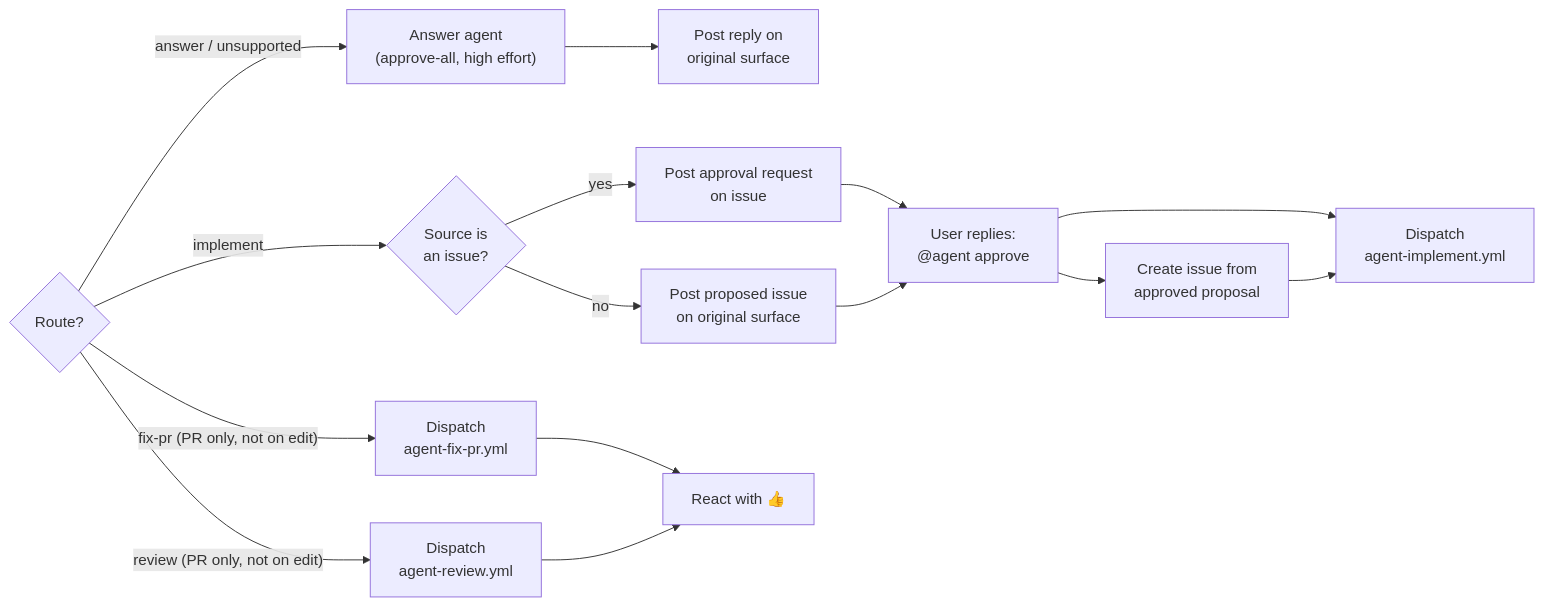
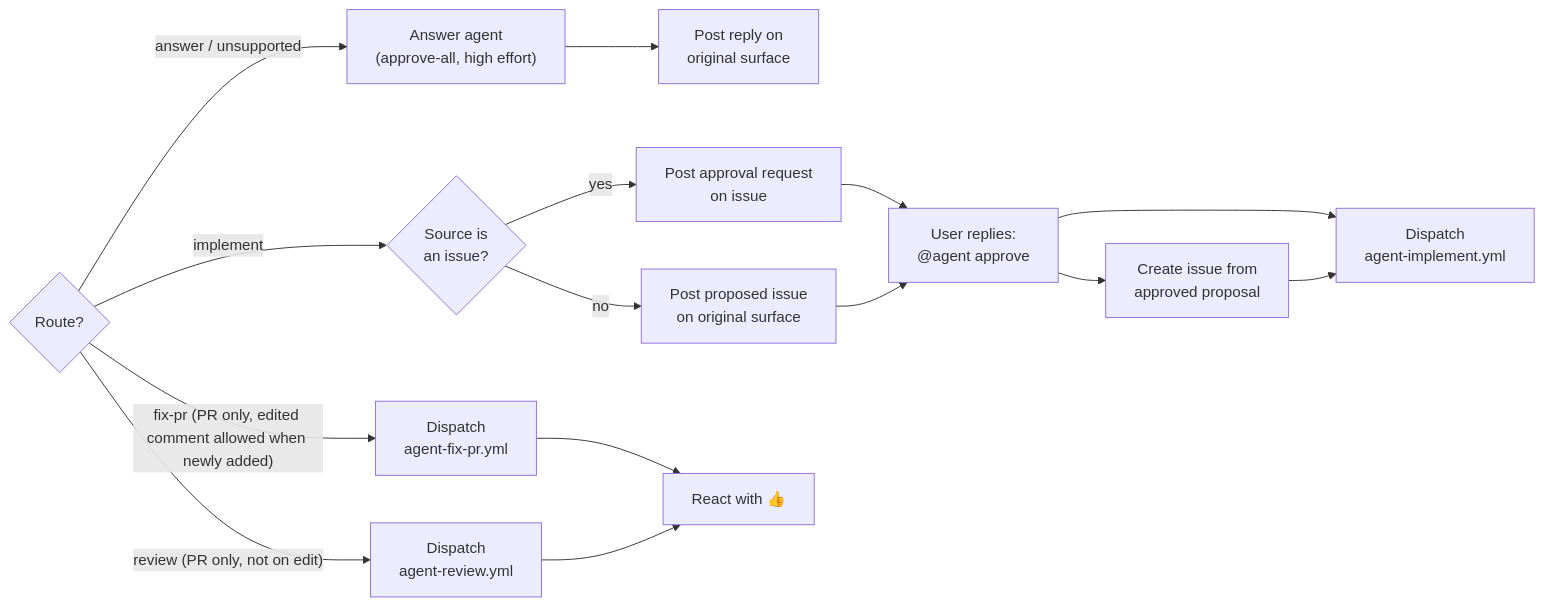
Before and after one commit to self-evolving/repo: the second of 2 diagrams in .agent/docs/architecture/overall-design.md, drawn with Mermaid. The commit also changed 9 other files, not shown here.

Commit message:
Allow newly added edited fix-pr commands

````diff
--- a/.agent/docs/architecture/overall-design.md
+++ b/.agent/docs/architecture/overall-design.md
@@ -43,24 +43,24 @@
 ```mermaid
 flowchart LR
     route{Route?}
 
     answer_run["Answer agent\n(approve-all, high effort)"]
     post_answer["Post reply on\noriginal surface"]
 
     is_issue{Source is\nan issue?}
     post_approval_issue["Post approval request\non issue"]
     post_proposal["Post proposed issue\non original surface"]
     approve["User replies:\n@agent approve"]
     create_issue["Create issue from\napproved proposal"]
     dispatch_impl["Dispatch\nagent-implement.yml"]
     dispatch_fix["Dispatch\nagent-fix-pr.yml"]
     dispatch_review["Dispatch\nagent-review.yml"]
     react_thumbs["React with 👍"]
 
     route -- "answer / unsupported" --> answer_run --> post_answer
     route -- "implement" --> is_issue
     is_issue -- yes --> post_approval_issue --> approve --> dispatch_impl
     is_issue -- no --> post_proposal --> approve --> create_issue --> dispatch_impl
-    route -- "fix-pr (PR only, not on edit)" --> dispatch_fix --> react_thumbs
+    route -- "fix-pr (PR only, edited comment allowed when newly added)" --> dispatch_fix --> react_thumbs
     route -- "review (PR only, not on edit)" --> dispatch_review --> react_thumbs
 ```
````
